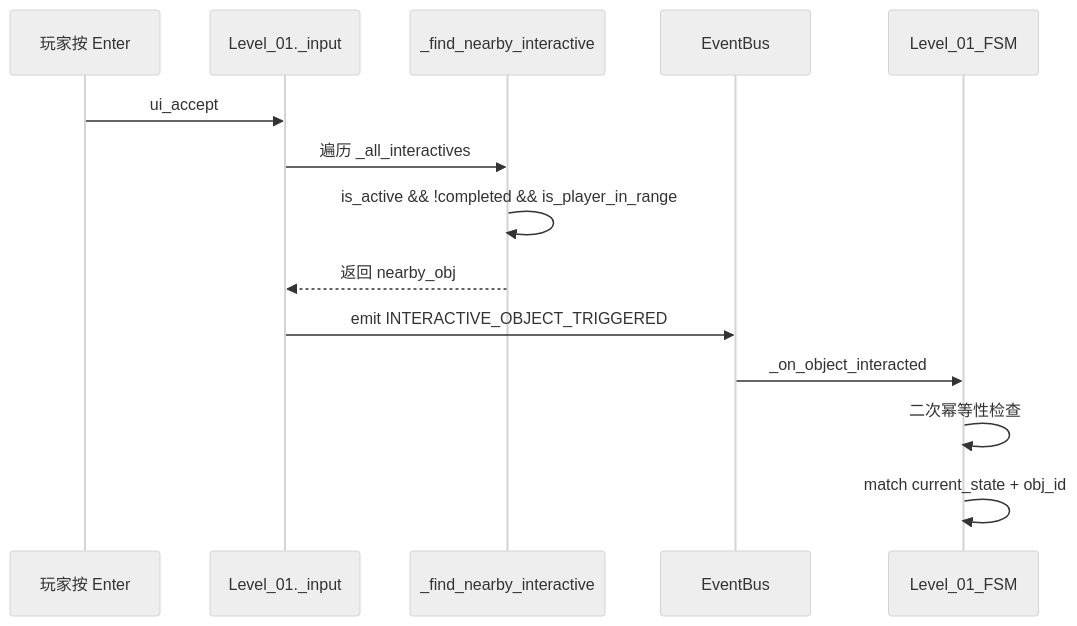
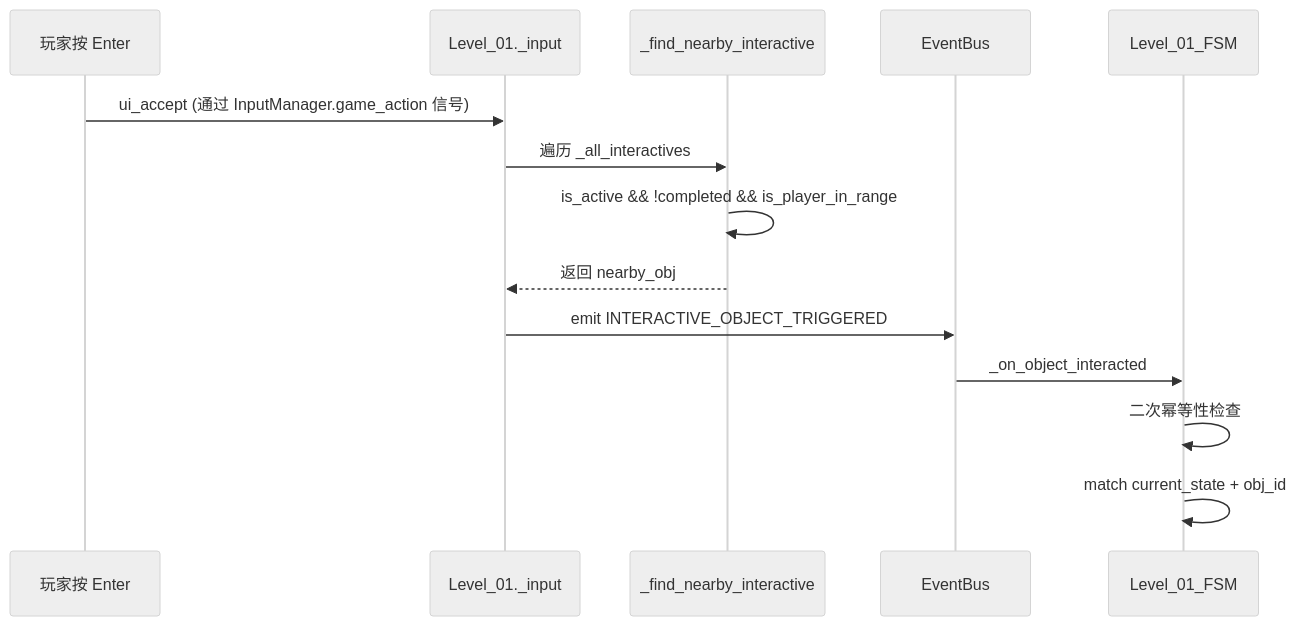
One commit to szshs/copyWorms changed the diagram in TECHNICAL_ARCHITECTURE_REPORT.md. Above: the diagram before and after it, drawn with Mermaid (neutral theme). The commit also changed other lines of this file, not shown here.

````diff
--- a/TECHNICAL_ARCHITECTURE_REPORT.md
+++ b/TECHNICAL_ARCHITECTURE_REPORT.md
@@ -220,17 +255,17 @@
 ```mermaid
 sequenceDiagram
     participant P as 玩家按 Enter
     participant I as Level_01._input
     participant F as _find_nearby_interactive
     participant E as EventBus
     participant FSM as Level_01_FSM
 
-    P->>I: ui_accept
+    P->>I: ui_accept (通过 InputManager.game_action 信号)
     I->>F: 遍历 _all_interactives
     F->>F: is_active && !completed && is_player_in_range
     F-->>I: 返回 nearby_obj
     I->>E: emit INTERACTIVE_OBJECT_TRIGGERED
     E->>FSM: _on_object_interacted
     FSM->>FSM: 二次幂等性检查
     FSM->>FSM: match current_state + obj_id
 ```
````
